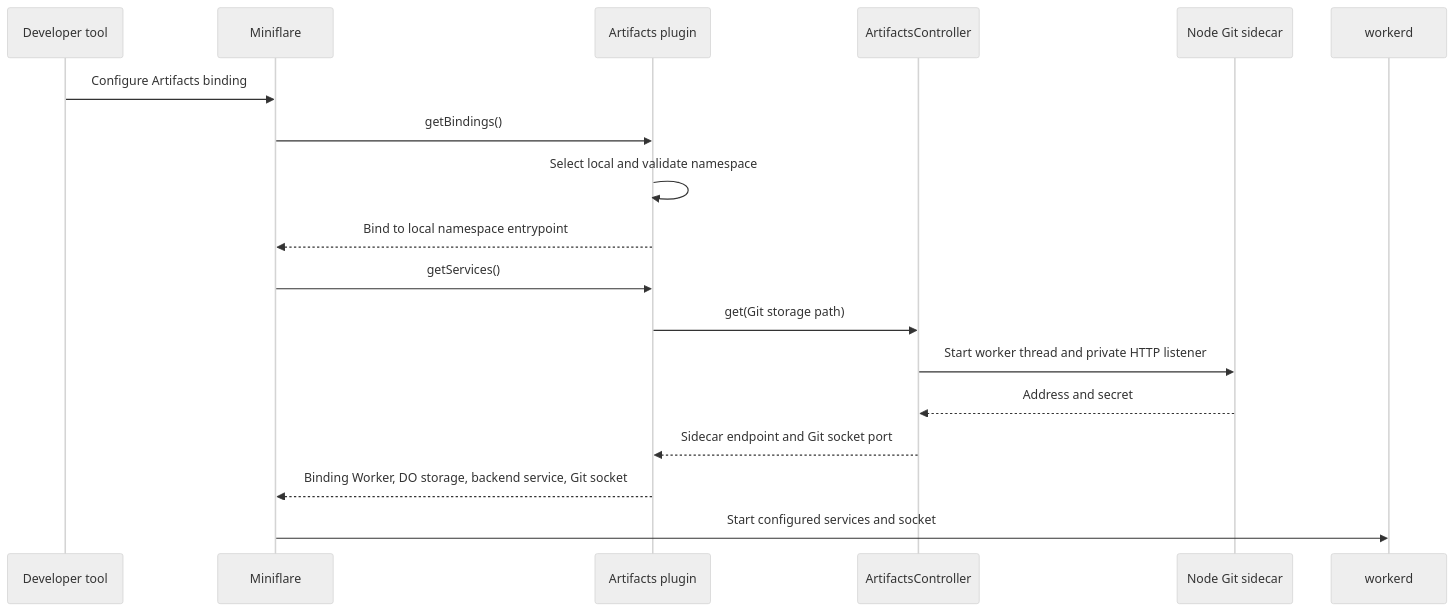
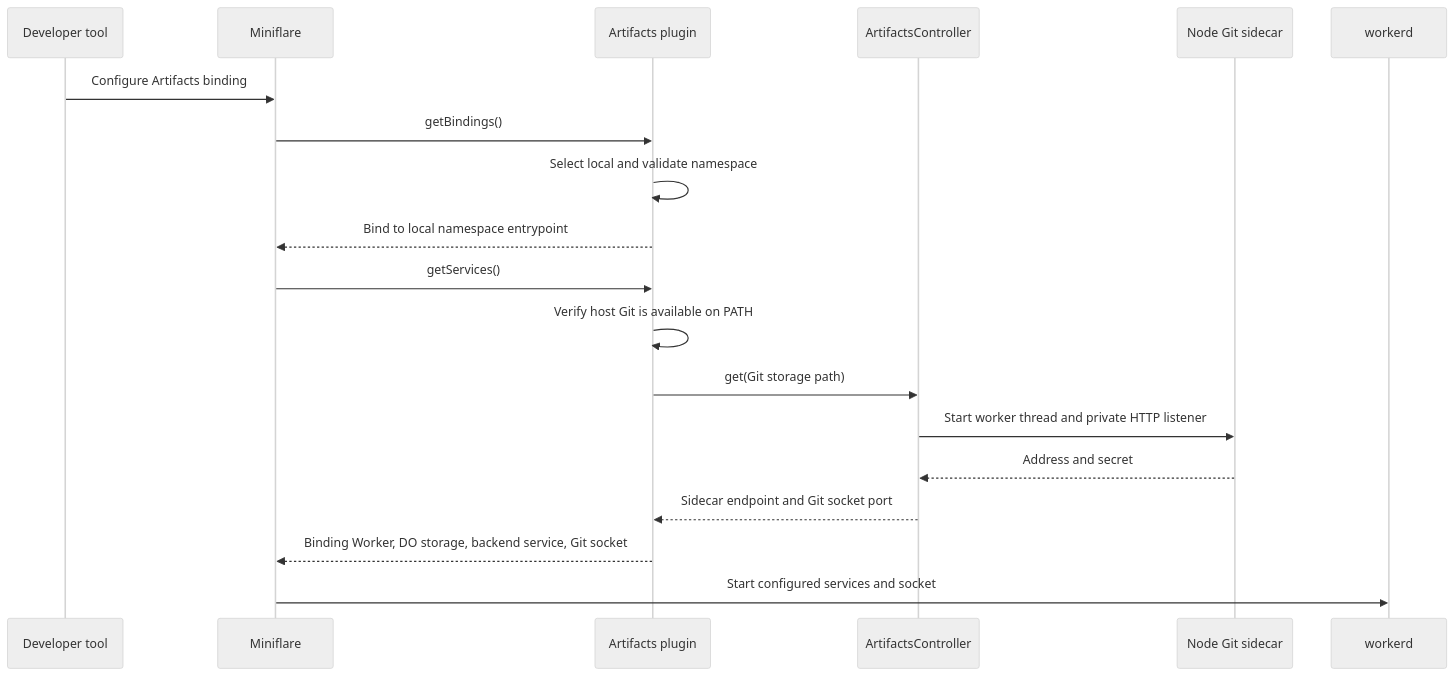
Before and after one commit to cloudflare/workers-sdk: the first of 4 diagrams in packages/miniflare/src/plugins/artifacts/README.md, drawn with Mermaid (neutral theme). The commit also changed other lines of this file and 5 other files, not shown here.

````diff
--- a/packages/miniflare/src/plugins/artifacts/README.md
+++ b/packages/miniflare/src/plugins/artifacts/README.md
@@ -12,21 +16,22 @@
 ```mermaid
 sequenceDiagram
     participant Dev as Developer tool
     participant MF as Miniflare
     participant Plugin as Artifacts plugin
     participant Controller as ArtifactsController
     participant Sidecar as Node Git sidecar
     participant Workerd as workerd
 
     Dev->>MF: Configure Artifacts binding
     MF->>Plugin: getBindings()
     Plugin->>Plugin: Select local and validate namespace
     Plugin-->>MF: Bind to local namespace entrypoint
     MF->>Plugin: getServices()
+    Plugin->>Plugin: Verify host Git is available on PATH
     Plugin->>Controller: get(Git storage path)
     Controller->>Sidecar: Start worker thread and private HTTP listener
     Sidecar-->>Controller: Address and secret
     Controller-->>Plugin: Sidecar endpoint and Git socket port
     Plugin-->>MF: Binding Worker, DO storage, backend service, Git socket
     MF->>Workerd: Start configured services and socket
 ```
````
